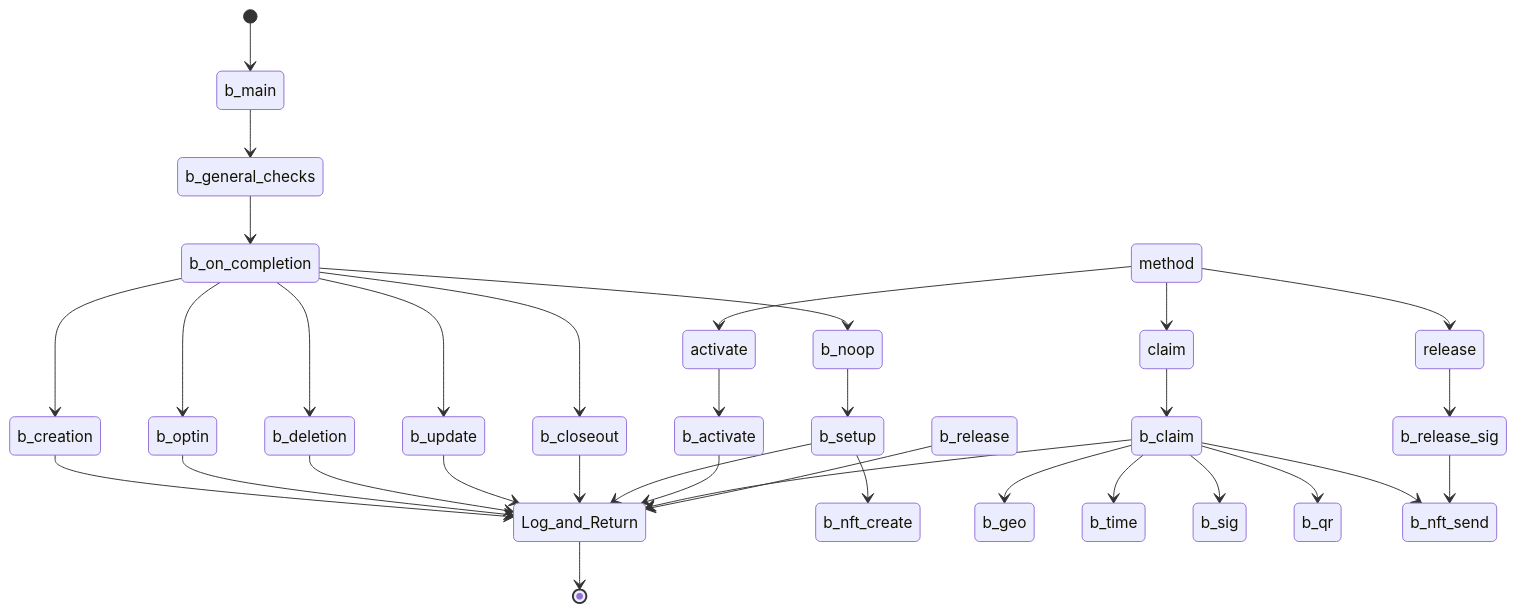
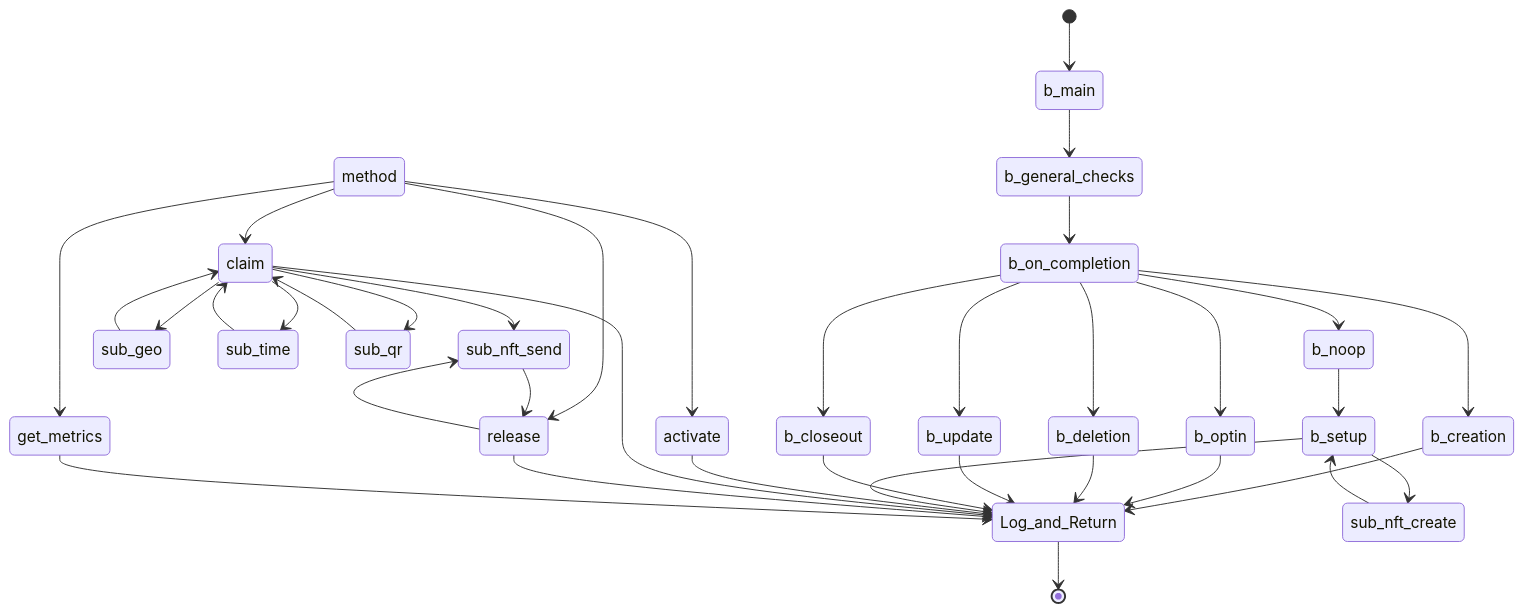
One commit to GoPlausible/.github changed the ninth of 10 diagrams in profile/README.md. Above: the diagram before and after it, drawn with Mermaid. The commit also changed other lines of this file and 1 other file, not shown here.

````diff
--- a/profile/README.md
+++ b/profile/README.md
@@ -300,49 +299,52 @@
 ```mermaid
   stateDiagram-v2
     [*] --> b_main
     b_main --> b_general_checks
     b_general_checks --> b_on_completion
     
     b_on_completion --> b_creation
     b_creation --> Log_and_Return
     b_on_completion --> b_optin
     b_optin --> Log_and_Return
     b_on_completion --> b_deletion
     b_deletion --> Log_and_Return
     b_on_completion --> b_update
     b_update --> Log_and_Return
     b_on_completion --> b_closeout
     b_closeout --> Log_and_Return
 
     b_on_completion --> b_noop
     b_noop --> b_setup
-    b_setup --> b_nft_create
+    b_setup --> sub_nft_create
+    sub_nft_create --> b_setup
     b_setup --> Log_and_Return
    
 
 
     method --> activate
-    activate --> b_activate
-    b_activate --> Log_and_Return
+    activate --> Log_and_Return
 
 
     method --> claim
-    claim --> b_claim
-
-    b_claim --> b_geo
-    b_claim --> b_time
-    b_claim --> b_sig
-    b_claim --> b_qr
-    b_claim --> b_nft_send
-    b_claim --> Log_and_Return
+    claim --> sub_geo
+    sub_geo --> claim
+    claim --> sub_time
+    sub_time --> claim
+    claim --> sub_qr
+    sub_qr --> claim
+    claim --> sub_nft_send
+    claim --> Log_and_Return
 
 
     method --> release
-    release --> b_release_sig
-    b_release_sig --> b_nft_send
-    b_release --> Log_and_Return
+    release --> sub_nft_send
+    sub_nft_send --> release
+    release --> Log_and_Return
+  
+    method --> get_metrics
+    get_metrics --> Log_and_Return
   
     
     Log_and_Return --> [*]
     
 ```
````
